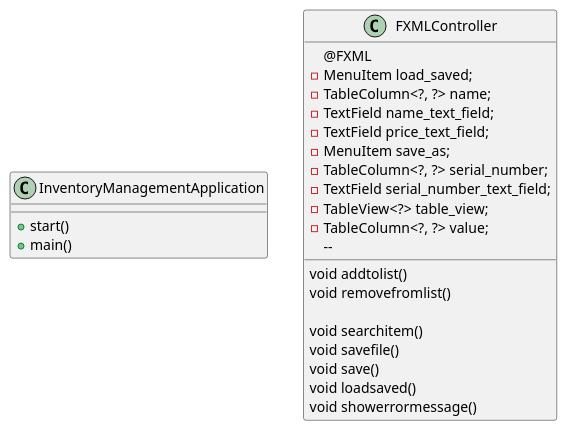
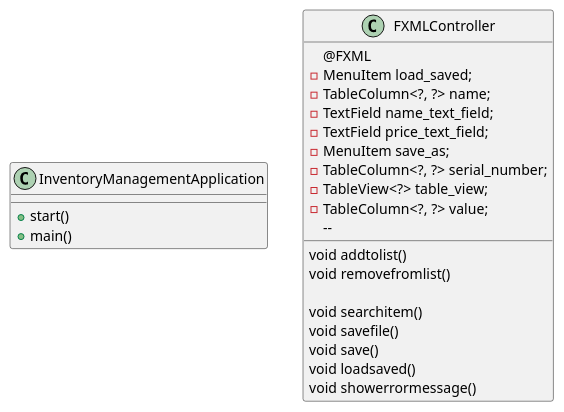
The diagram in shin-app2/docs/diagram.puml (Benjaminshin1/shin-app2), drawn with PlantUML before and after one commit. The commit also changed 6 other files, not shown here.

Commit message:
change to serial text box

```diff
--- a/shin-app2/docs/diagram.puml
+++ b/shin-app2/docs/diagram.puml
@@ -1,39 +1,38 @@
 @startuml
 class InventoryManagementApplication{
 +start()
 +main()
 }
 
 class FXMLController{
  @FXML
     -MenuItem load_saved;
     -TableColumn<?, ?> name;
     -TextField name_text_field;
     -TextField price_text_field;
     -MenuItem save_as;
     -TableColumn<?, ?> serial_number;
-    -TextField serial_number_text_field;
     -TableView<?> table_view;
     -TableColumn<?, ?> value;
     --
     void addtolist()
     void removefromlist()
 
     void searchitem()
 
 
     void savefile()
 
 
     void save()
 
 
     void loadsaved()
 
 
     void showerrormessage()
 
 }
 
 
 @enduml
```
